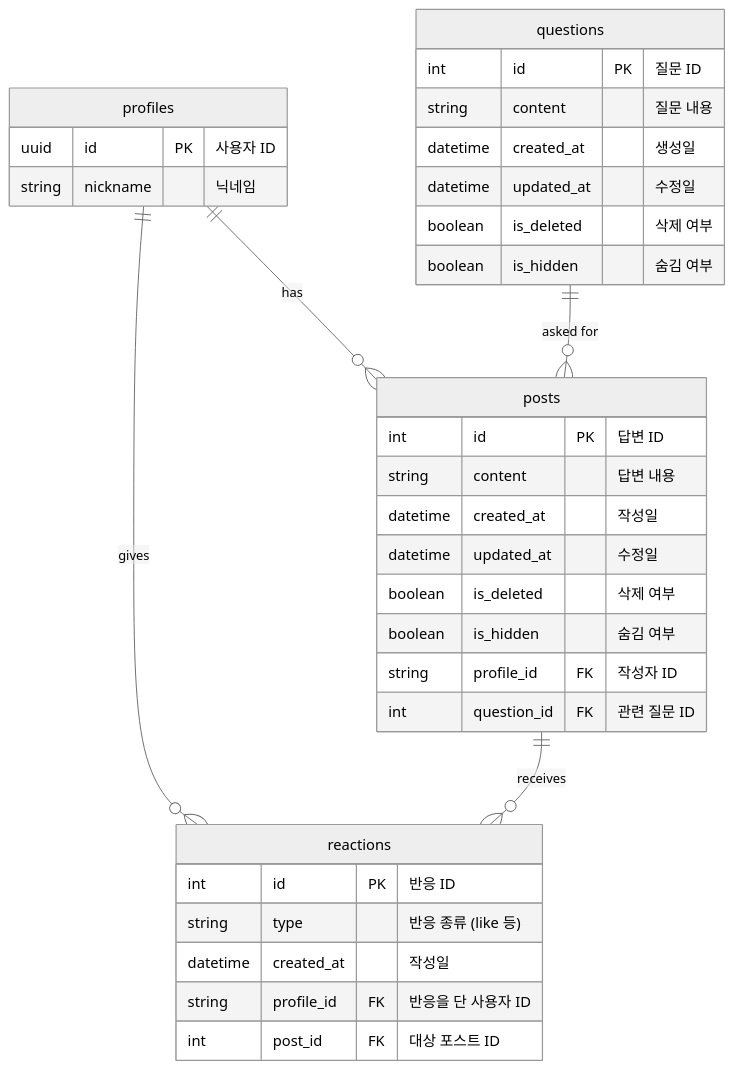
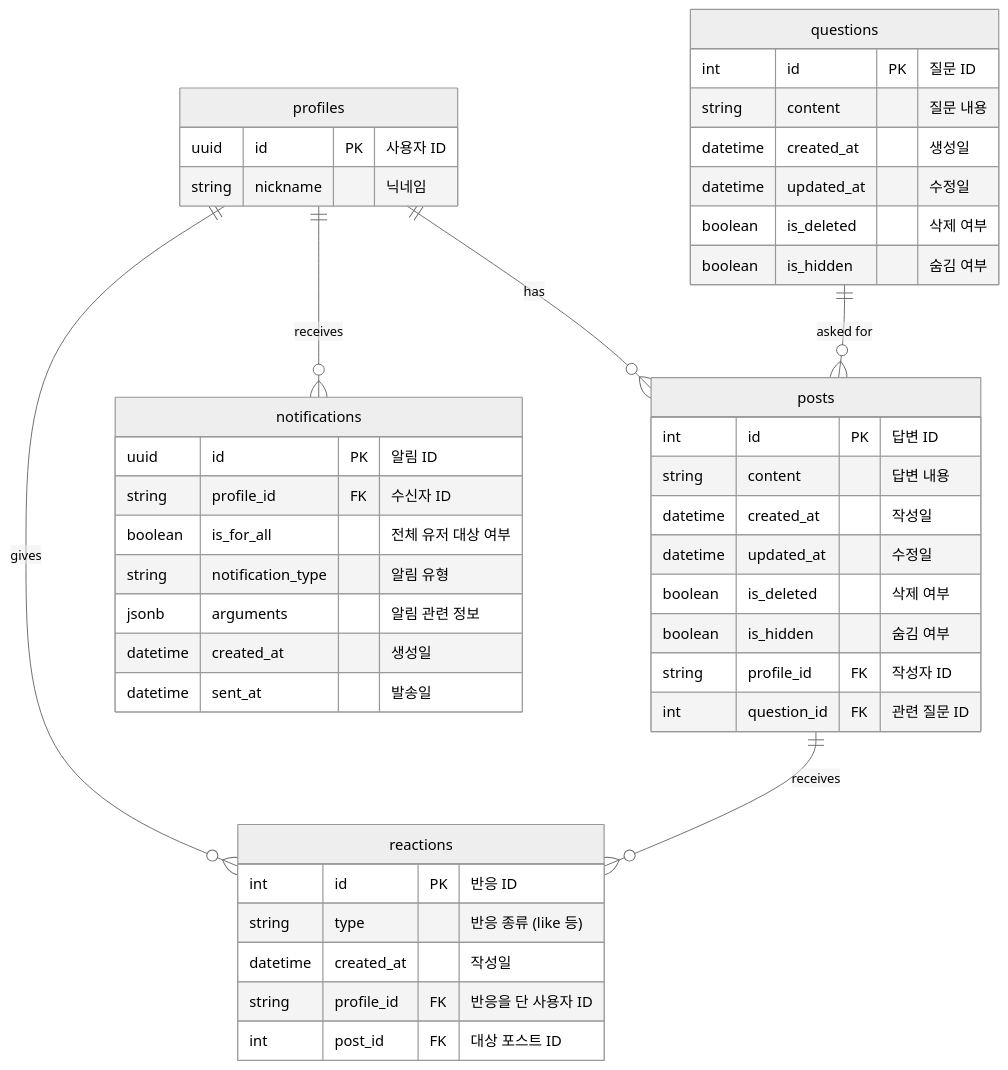
One commit to 0tak2/SafeAreaBoard changed the diagram in Documents/ERD.md. Above: the diagram before and after it, drawn with Mermaid (neutral theme). The commit also changed 25 other files, not shown here.

````diff
--- a/Documents/ERD.md
+++ b/Documents/ERD.md
@@ -5,40 +5,51 @@
 ```mermaid
 erDiagram
     profiles ||--o{ posts : "has"
     profiles ||--o{ reactions : "gives"
     questions ||--o{ posts : "asked for"
     posts ||--o{ reactions : "receives"
+    profiles ||--o{ notifications : "receives"
 
     profiles {
         uuid id PK "사용자 ID"
         string nickname "닉네임"
     }
 
     questions {
         int id PK "질문 ID"
         string content "질문 내용"
         datetime created_at "생성일"
         datetime updated_at "수정일"
         boolean is_deleted "삭제 여부"
         boolean is_hidden "숨김 여부"
     }
 
     posts {
         int id PK "답변 ID"
         string content "답변 내용"
         datetime created_at "작성일"
         datetime updated_at "수정일"
         boolean is_deleted "삭제 여부"
         boolean is_hidden "숨김 여부"
         string profile_id FK "작성자 ID"
         int question_id FK "관련 질문 ID"
     }
 
     reactions {
         int id PK "반응 ID"
         string type "반응 종류 (like 등)"
         datetime created_at "작성일"
         string profile_id FK "반응을 단 사용자 ID"
         int post_id FK "대상 포스트 ID"
     }
+
+    notifications {
+        uuid id PK "알림 ID"
+        string profile_id FK "수신자 ID"
+        boolean is_for_all "전체 유저 대상 여부"
+        string notification_type "알림 유형"
+        jsonb arguments "알림 관련 정보"
+        datetime created_at "생성일"
+        datetime sent_at "발송일"
+    }
 ```
````
